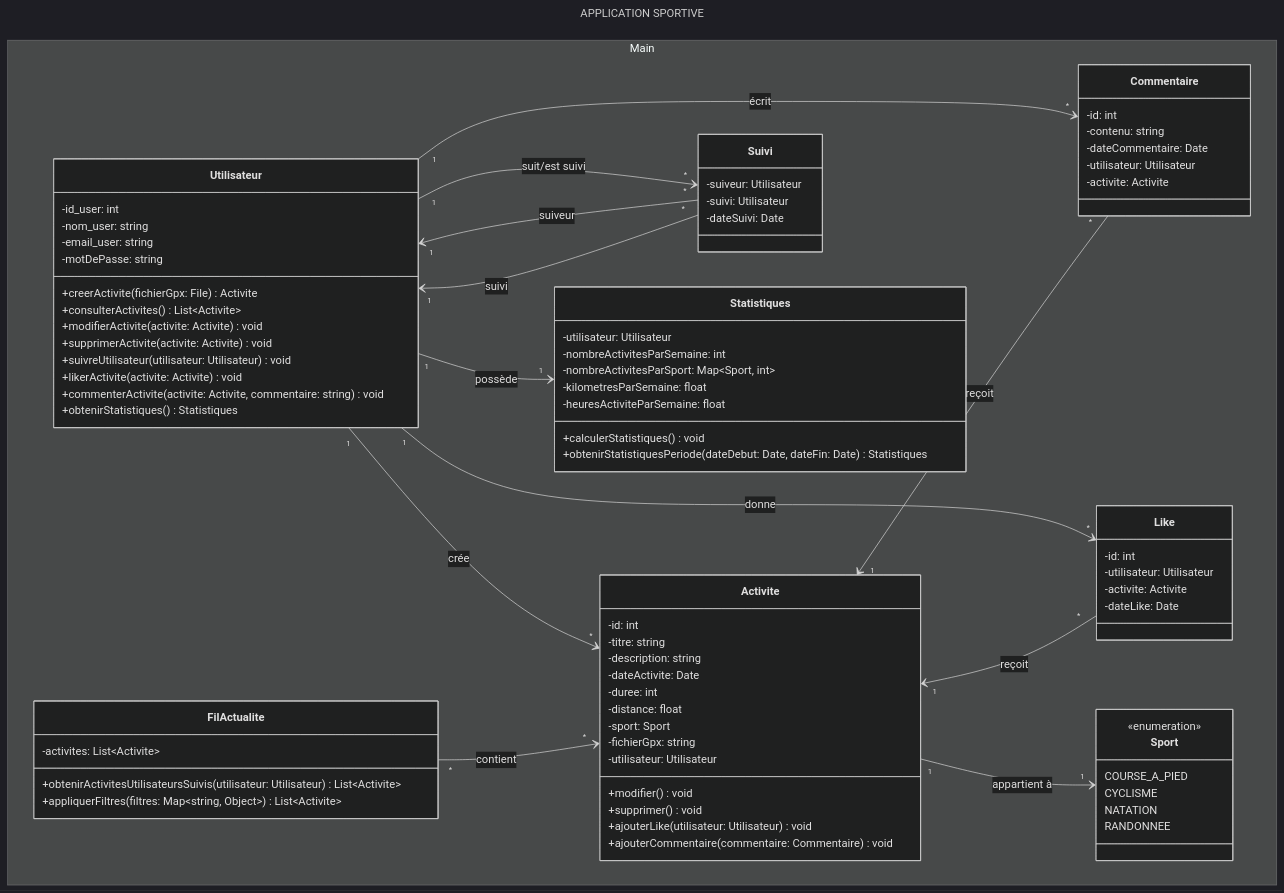
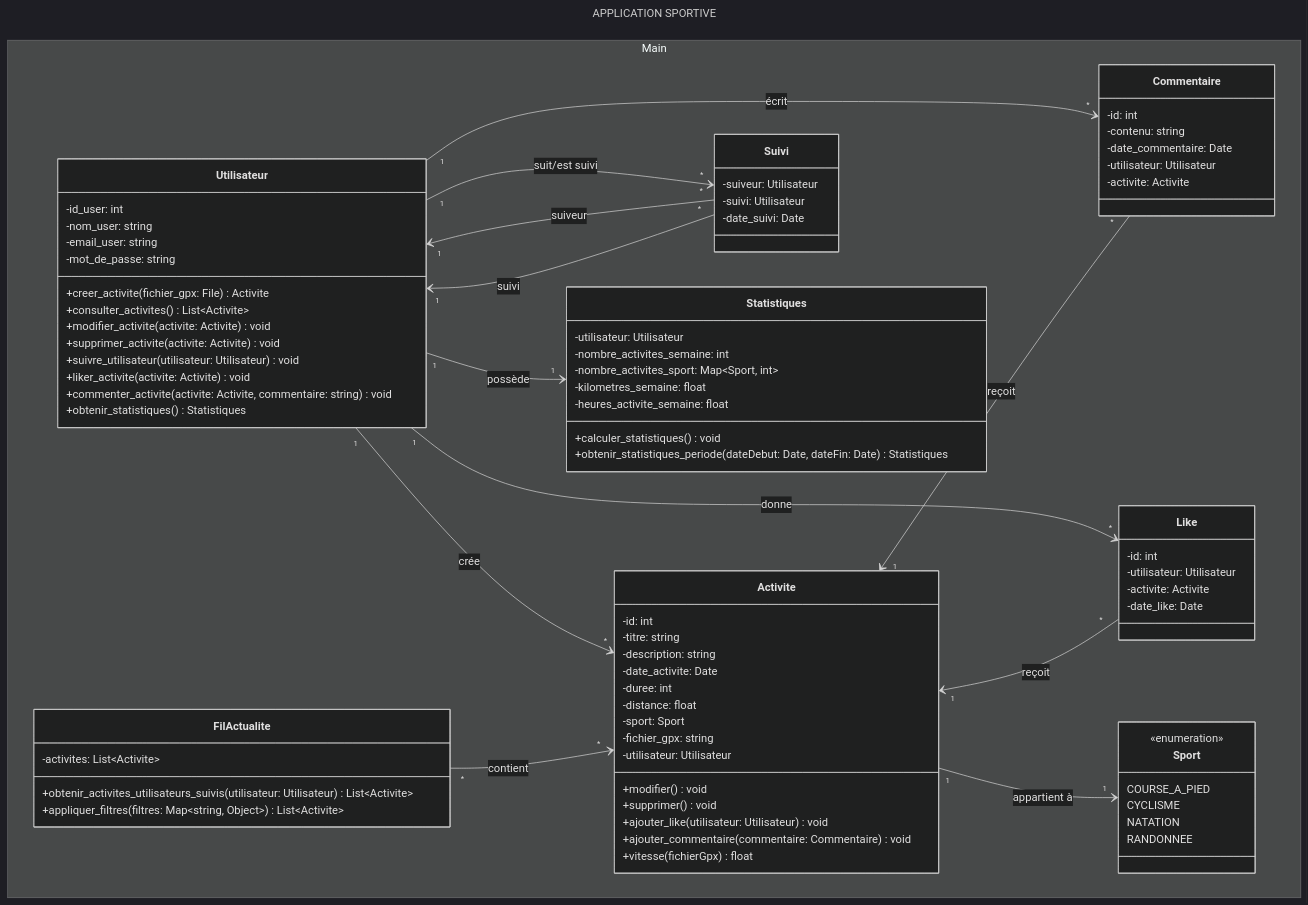
One commit to TeodoraHub/Info-2A-Strava changed the diagram in codeuml.md. Above: the diagram before and after it, drawn with Mermaid (dark theme).

Commit message:
renommer noms

```diff
--- a/codeuml.md
+++ b/codeuml.md
@@ -12,31 +12,32 @@
         -id_user: int
         -nom_user: string
         -email_user: string
-        -motDePasse: string
-        +creerActivite(fichierGpx: File) Activite
-        +consulterActivites() List~Activite~
-        +modifierActivite(activite: Activite) void
-        +supprimerActivite(activite: Activite) void
-        +suivreUtilisateur(utilisateur: Utilisateur) void
-        +likerActivite(activite: Activite) void
-        +commenterActivite(activite: Activite, commentaire: string) void
-        +obtenirStatistiques() Statistiques
+        -mot_de_passe: string
+        +creer_activite(fichier_gpx: File) Activite
+        +consulter_activites() List~Activite~
+        +modifier_activite(activite: Activite) void
+        +supprimer_activite(activite: Activite) void
+        +suivre_utilisateur(utilisateur: Utilisateur) void
+        +liker_activite(activite: Activite) void
+        +commenter_activite(activite: Activite, commentaire: string) void
+        +obtenir_statistiques() Statistiques
     }
 
     class Activite {
         -id: int
         -titre: string
         -description: string
-        -dateActivite: Date
+        -date_activite: Date
         -duree: int
         -distance: float
         -sport: Sport
-        -fichierGpx: string
+        -fichier_gpx: string
         -utilisateur: Utilisateur
         +modifier() void
         +supprimer() void
-        +ajouterLike(utilisateur: Utilisateur) void
-        +ajouterCommentaire(commentaire: Commentaire) void
+        +ajouter_like(utilisateur: Utilisateur) void
+        +ajouter_commentaire(commentaire: Commentaire) void
+        +vitesse(fichierGpx) float
     }
 
     class Sport{
@@ -50,7 +51,7 @@
     class Commentaire{
         -id: int
         -contenu: string
-        -dateCommentaire: Date
+        -date_commentaire: Date
         -utilisateur: Utilisateur
         -activite: Activite
     }
@@ -59,29 +60,29 @@
         -id: int
         -utilisateur: Utilisateur
         -activite: Activite
-        -dateLike: Date
+        -date_like: Date
     }
 
     class FilActualite{
         -activites: List~Activite~
-        +obtenirActivitesUtilisateursSuivis(utilisateur: Utilisateur) List~Activite~
-        +appliquerFiltres(filtres: Map~string, Object~) List~Activite~
+        +obtenir_activites_utilisateurs_suivis(utilisateur: Utilisateur) List~Activite~
+        +appliquer_filtres(filtres: Map~string, Object~) List~Activite~
     }
 
     class Suivi{
         -suiveur: Utilisateur
         -suivi: Utilisateur
-        -dateSuivi: Date
+        -date_suivi: Date
     }
 
     class Statistiques{
         -utilisateur: Utilisateur
-        -nombreActivitesParSemaine: int
-        -nombreActivitesParSport: Map~Sport, int~
-        -kilometresParSemaine: float
-        -heuresActiviteParSemaine: float
-        +calculerStatistiques() void
-        +obtenirStatistiquesPeriode(dateDebut: Date, dateFin: Date) Statistiques
+        -nombre_activites_semaine: int
+        -nombre_activites_sport: Map~Sport, int~
+        -kilometres_semaine: float
+        -heures_activite_semaine: float
+        +calculer_statistiques() void
+        +obtenir_statistiques_periode(dateDebut: Date, dateFin: Date) Statistiques
     }
 }
 
```
